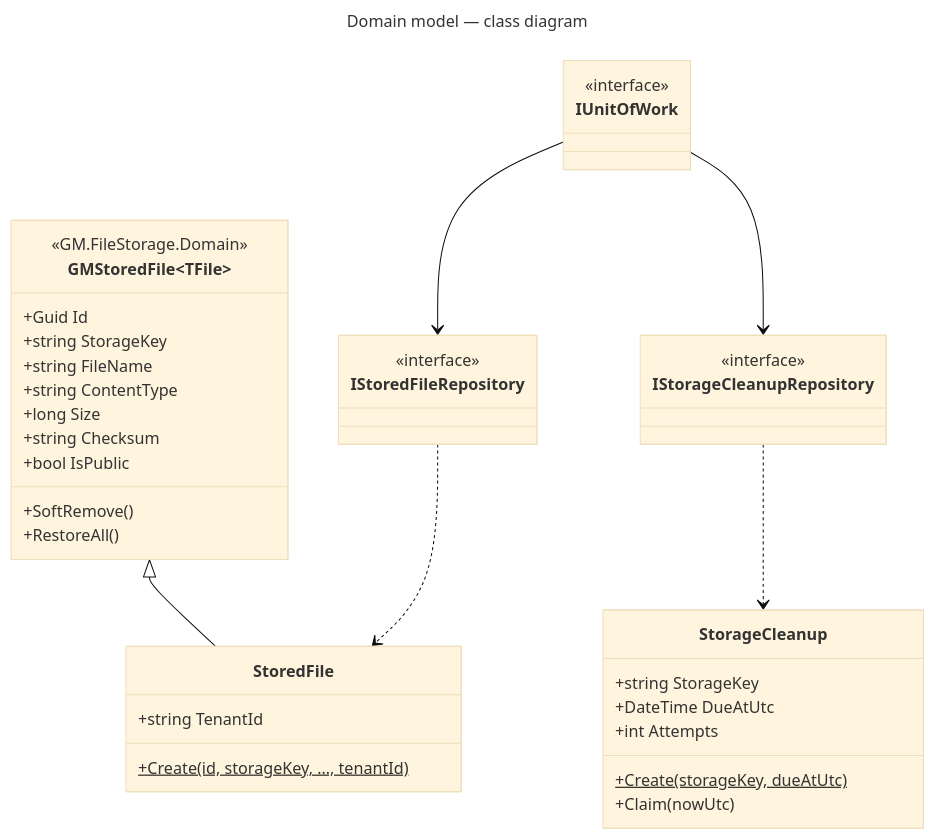
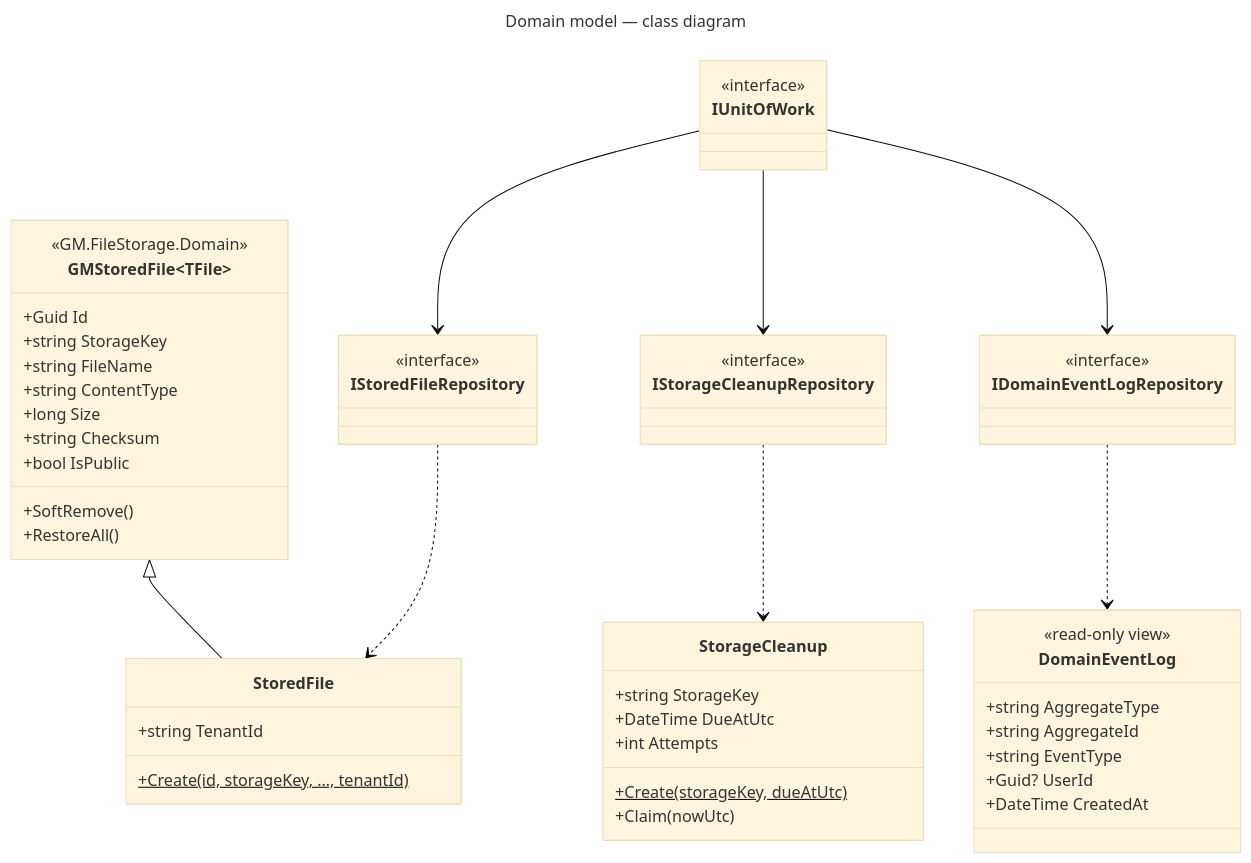
Before and after one commit to gmetskhvarishvili/GM.FileStorage.Samples: the sixth of 6 diagrams in docs/dependencies.md, drawn with Mermaid (base theme). The commit also changed other lines of this file and 12 other files, not shown here.

First line of the commit message:
refactor: read file history through an audit DomainEventLog repository

````diff
--- a/docs/dependencies.md
+++ b/docs/dependencies.md
@@ -255,46 +255,59 @@
 ```mermaid
 ---
 title: Domain model — class diagram
 ---
 classDiagram
     direction TB
 
     class GMStoredFile~TFile~ {
         <<GM.FileStorage.Domain>>
         +Guid Id
         +string StorageKey
         +string FileName
         +string ContentType
         +long Size
         +string Checksum
         +bool IsPublic
         +SoftRemove()
         +RestoreAll()
     }
     class StoredFile {
         +string TenantId
         +Create(id, storageKey, …, tenantId)$
     }
     class StorageCleanup {
         +string StorageKey
         +DateTime DueAtUtc
         +int Attempts
         +Create(storageKey, dueAtUtc)$
         +Claim(nowUtc)
     }
     class IUnitOfWork {
         <<interface>>
     }
     class IStoredFileRepository {
         <<interface>>
     }
     class IStorageCleanupRepository {
         <<interface>>
     }
+    class DomainEventLog {
+        <<read-only view>>
+        +string AggregateType
+        +string AggregateId
+        +string EventType
+        +Guid? UserId
+        +DateTime CreatedAt
+    }
+    class IDomainEventLogRepository {
+        <<interface>>
+    }
 
     GMStoredFile <|-- StoredFile
     IUnitOfWork --> IStoredFileRepository
     IUnitOfWork --> IStorageCleanupRepository
     IStoredFileRepository ..> StoredFile
     IStorageCleanupRepository ..> StorageCleanup
+    IUnitOfWork --> IDomainEventLogRepository
+    IDomainEventLogRepository ..> DomainEventLog
 ```
````
